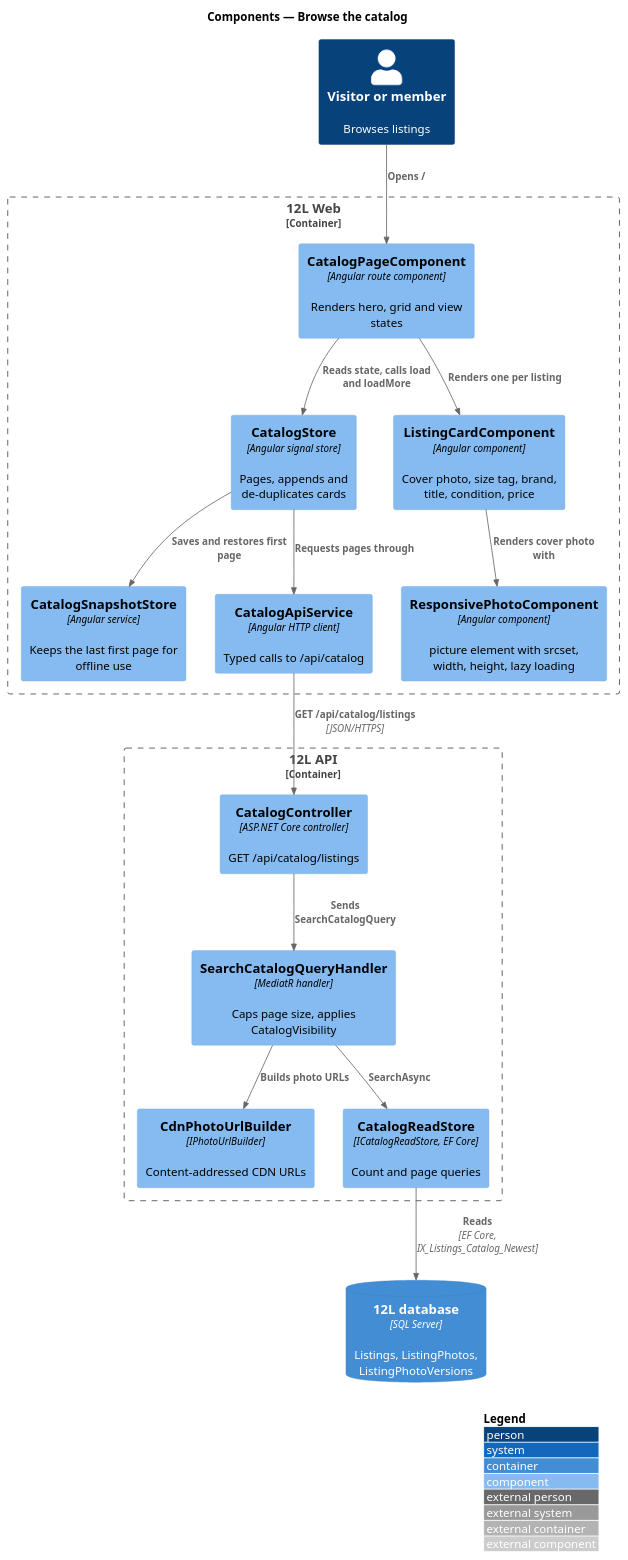
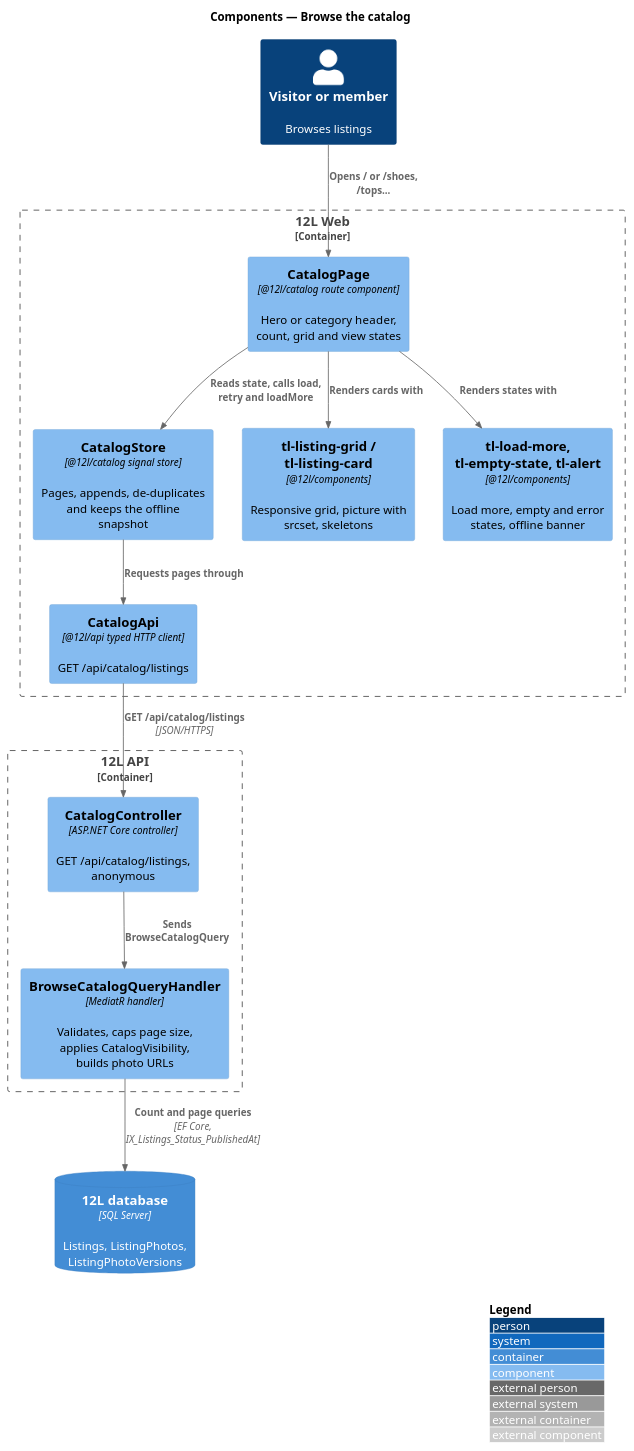
The diagram in docs/detailed-designs/catalog/browse-catalog/diagrams/c4-component.puml (QuinntyneBrown/12l), drawn with PlantUML before and after one commit. The commit also changed 54 other files, not shown here.

Commit message:
Document browse-catalog: design, ADR, design system, composition, L2, estimates

```diff
--- a/docs/detailed-designs/catalog/browse-catalog/diagrams/c4-component.puml
+++ b/docs/detailed-designs/catalog/browse-catalog/diagrams/c4-component.puml
@@ -1,34 +1,28 @@
 @startuml
 !include <C4/C4_Component>
 LAYOUT_WITH_LEGEND()
 title Components — Browse the catalog
 
 Person(visitor, "Visitor or member", "Browses listings")
 Container_Boundary(web, "12L Web") {
-  Component(page, "CatalogPageComponent", "Angular route component", "Renders hero, grid and view states")
-  Component(store, "CatalogStore", "Angular signal store", "Pages, appends and de-duplicates cards")
-  Component(snap, "CatalogSnapshotStore", "Angular service", "Keeps the last first page for offline use")
-  Component(card, "ListingCardComponent", "Angular component", "Cover photo, size tag, brand, title, condition, price")
-  Component(photo, "ResponsivePhotoComponent", "Angular component", "picture element with srcset, width, height, lazy loading")
-  Component(client, "CatalogApiService", "Angular HTTP client", "Typed calls to /api/catalog")
+  Component(page, "CatalogPage", "@12l/catalog route component", "Hero or category header, count, grid and view states")
+  Component(store, "CatalogStore", "@12l/catalog signal store", "Pages, appends, de-duplicates and keeps the offline snapshot")
+  Component(grid, "tl-listing-grid / tl-listing-card", "@12l/components", "Responsive grid, picture with srcset, skeletons")
+  Component(states, "tl-load-more, tl-empty-state, tl-alert", "@12l/components", "Load more, empty and error states, offline banner")
+  Component(client, "CatalogApi", "@12l/api typed HTTP client", "GET /api/catalog/listings")
 }
 Container_Boundary(api, "12L API") {
-  Component(ctrl, "CatalogController", "ASP.NET Core controller", "GET /api/catalog/listings")
-  Component(handler, "SearchCatalogQueryHandler", "MediatR handler", "Caps page size, applies CatalogVisibility")
-  Component(urls, "CdnPhotoUrlBuilder", "IPhotoUrlBuilder", "Content-addressed CDN URLs")
-  Component(readstore, "CatalogReadStore", "ICatalogReadStore, EF Core", "Count and page queries")
+  Component(ctrl, "CatalogController", "ASP.NET Core controller", "GET /api/catalog/listings, anonymous")
+  Component(handler, "BrowseCatalogQueryHandler", "MediatR handler", "Validates, caps page size, applies CatalogVisibility, builds photo URLs")
 }
 ContainerDb(db, "12L database", "SQL Server", "Listings, ListingPhotos, ListingPhotoVersions")
 
-Rel(visitor, page, "Opens /")
-Rel(page, store, "Reads state, calls load and loadMore")
-Rel(page, card, "Renders one per listing")
-Rel(card, photo, "Renders cover photo with")
+Rel(visitor, page, "Opens / or /shoes, /tops...")
+Rel(page, store, "Reads state, calls load, retry and loadMore")
+Rel(page, grid, "Renders cards with")
+Rel(page, states, "Renders states with")
 Rel(store, client, "Requests pages through")
-Rel(store, snap, "Saves and restores first page")
 Rel(client, ctrl, "GET /api/catalog/listings", "JSON/HTTPS")
-Rel(ctrl, handler, "Sends SearchCatalogQuery")
-Rel(handler, readstore, "SearchAsync")
-Rel(handler, urls, "Builds photo URLs")
-Rel(readstore, db, "Reads", "EF Core, IX_Listings_Catalog_Newest")
+Rel(ctrl, handler, "Sends BrowseCatalogQuery")
+Rel(handler, db, "Count and page queries", "EF Core, IX_Listings_Status_PublishedAt")
 @enduml
```
